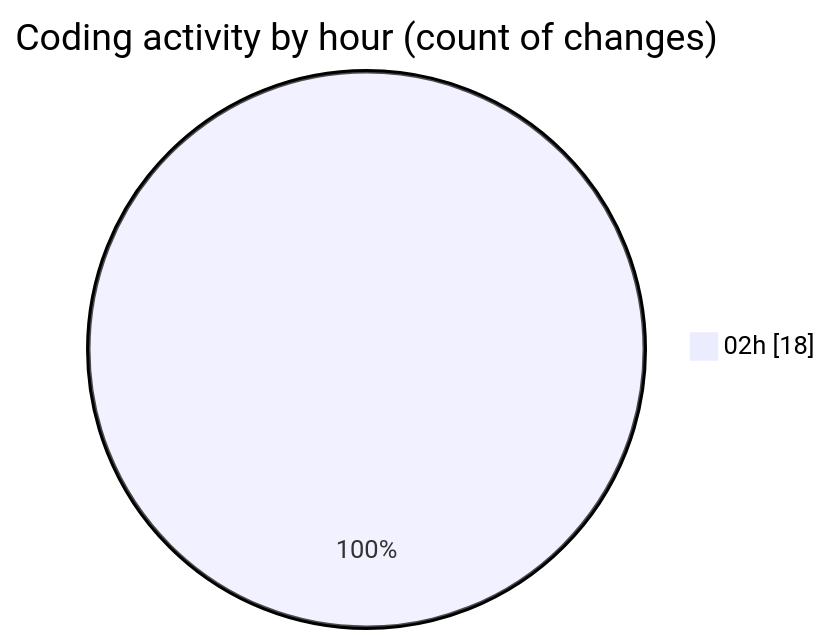
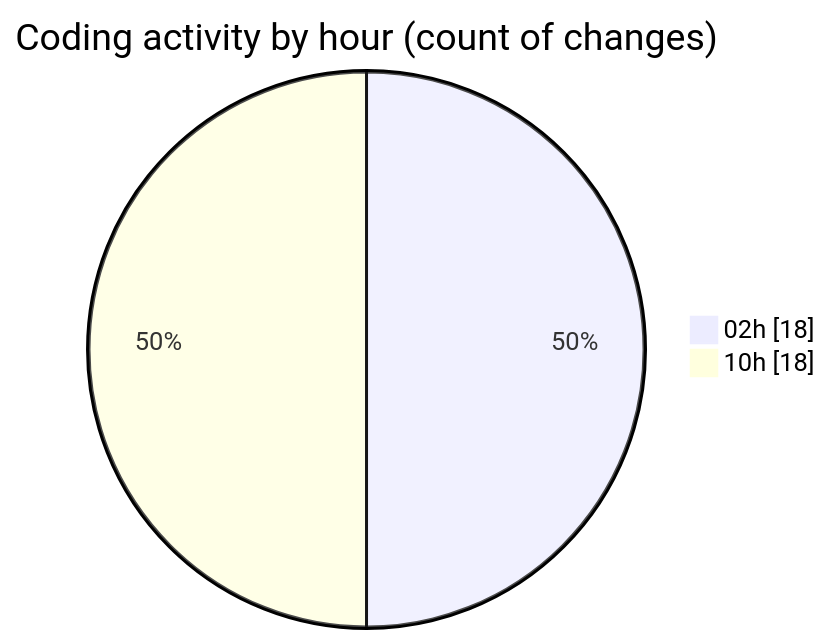
One commit to shibass792/code-tracking changed the second of 2 diagrams in 2026-07-08/twenty_versions_aminor/README.md. Above: the diagram before and after it, drawn with Mermaid. The commit also changed other lines of this file and 1 other file, not shown here.

````diff
--- a/2026-07-08/twenty_versions_aminor/README.md
+++ b/2026-07-08/twenty_versions_aminor/README.md
@@ -28,5 +30,6 @@
 ```mermaid
 pie showData
 title Coding activity by hour (count of changes)
 "02h" : 18
+"10h" : 18
 ```
````
